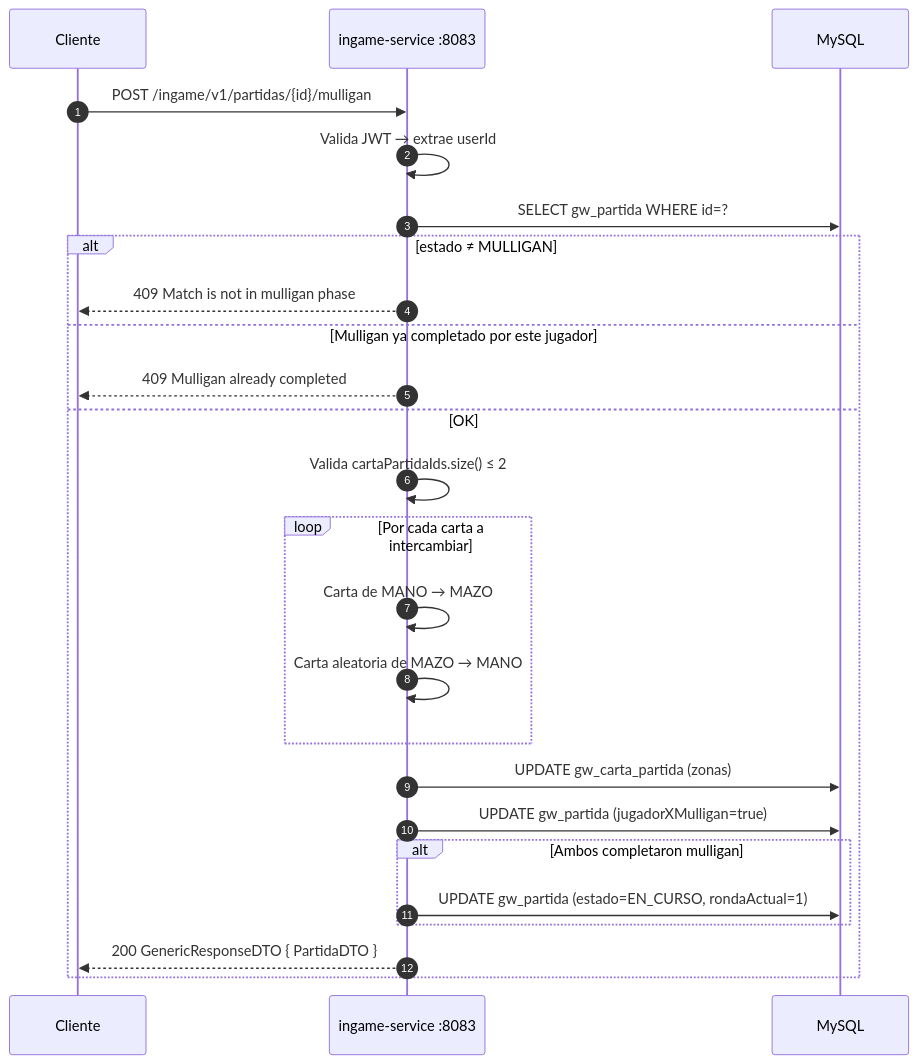
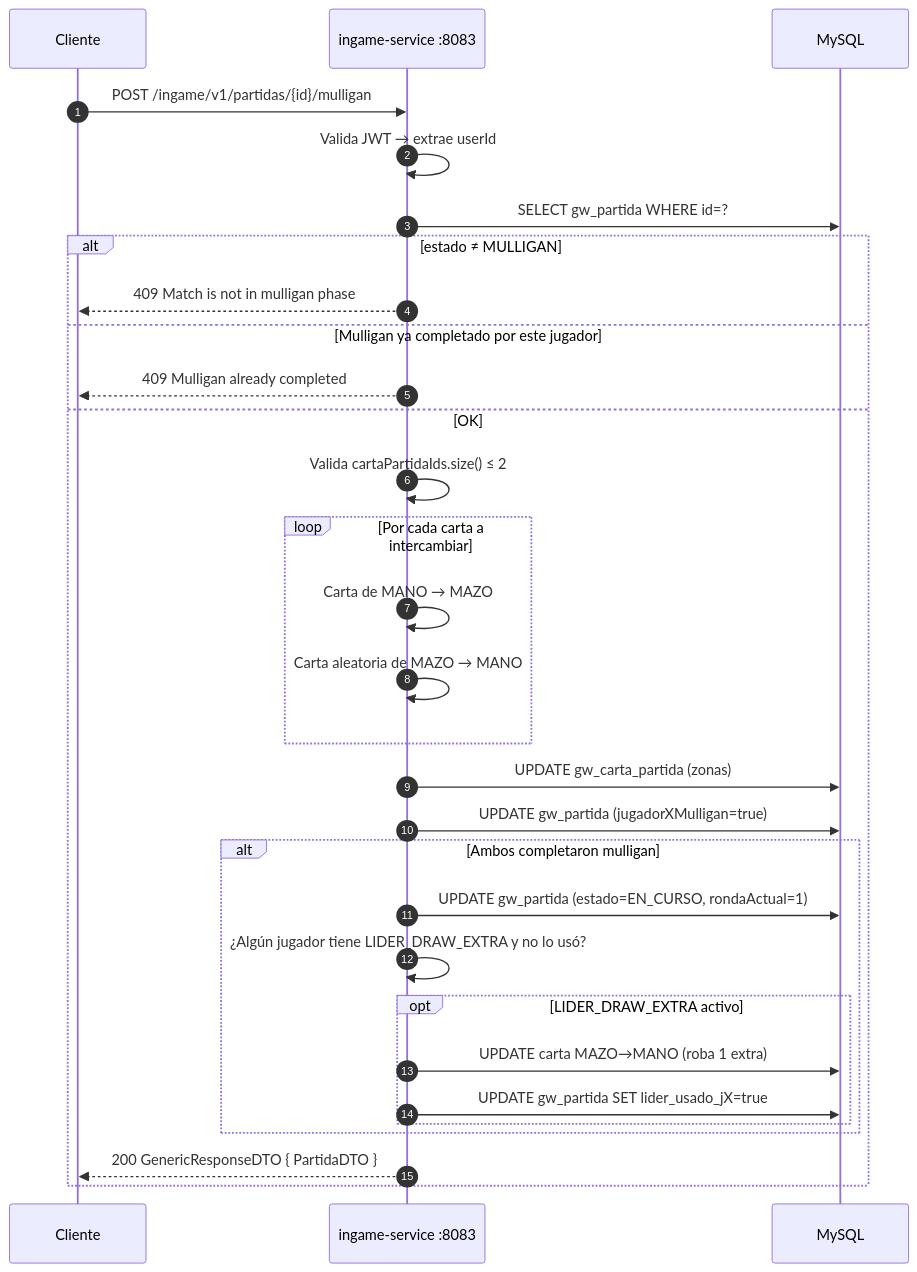
One commit to arimarquez04/gwent-app changed diagram 13 of 20 in diagram.md. Above: the diagram before and after it, drawn with Mermaid. The commit also changed other lines of this file and 36 other files, not shown here.

````diff
--- a/diagram.md
+++ b/diagram.md
@@ -482,30 +486,35 @@
 ```mermaid
 sequenceDiagram
     autonumber
     participant C as Cliente
     participant IS as ingame-service :8083
     participant DB as MySQL
 
     C->>IS: POST /ingame/v1/partidas/{id}/mulligan
     IS->>IS: Valida JWT → extrae userId
     IS->>DB: SELECT gw_partida WHERE id=?
 
     alt estado ≠ MULLIGAN
         IS-->>C: 409 Match is not in mulligan phase
     else Mulligan ya completado por este jugador
         IS-->>C: 409 Mulligan already completed
     else OK
         IS->>IS: Valida cartaPartidaIds.size() ≤ 2
         loop Por cada carta a intercambiar
             IS->>IS: Carta de MANO → MAZO
             IS->>IS: Carta aleatoria de MAZO → MANO
         end
         IS->>DB: UPDATE gw_carta_partida (zonas)
         IS->>DB: UPDATE gw_partida (jugadorXMulligan=true)
 
         alt Ambos completaron mulligan
             IS->>DB: UPDATE gw_partida (estado=EN_CURSO, rondaActual=1)
+            IS->>IS: ¿Algún jugador tiene LIDER_DRAW_EXTRA y no lo usó?
+            opt LIDER_DRAW_EXTRA activo
+                IS->>DB: UPDATE carta MAZO→MANO (roba 1 extra)
+                IS->>DB: UPDATE gw_partida SET lider_usado_jX=true
+            end
         end
         IS-->>C: 200 GenericResponseDTO { PartidaDTO }
     end
 ```
````
